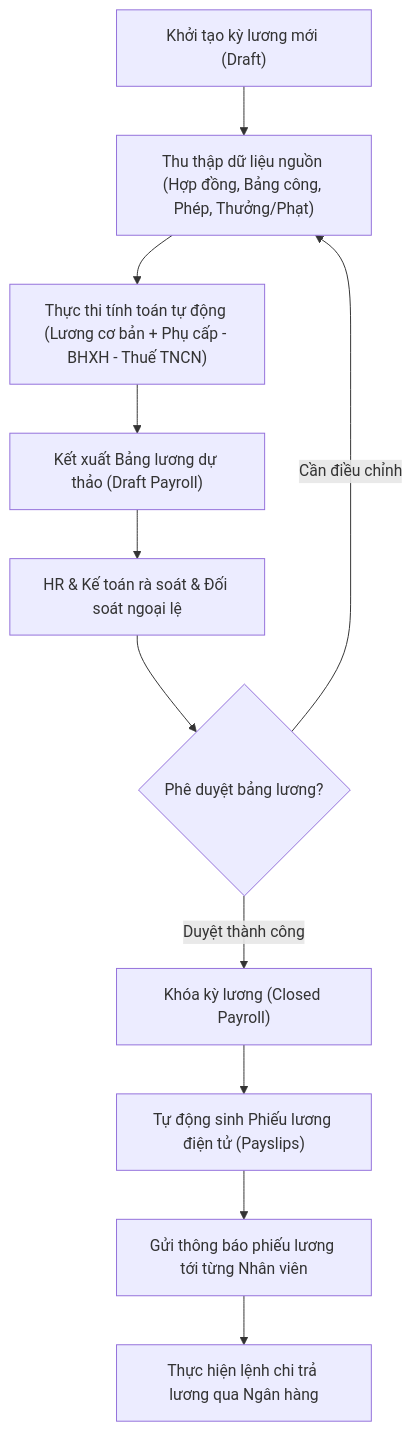
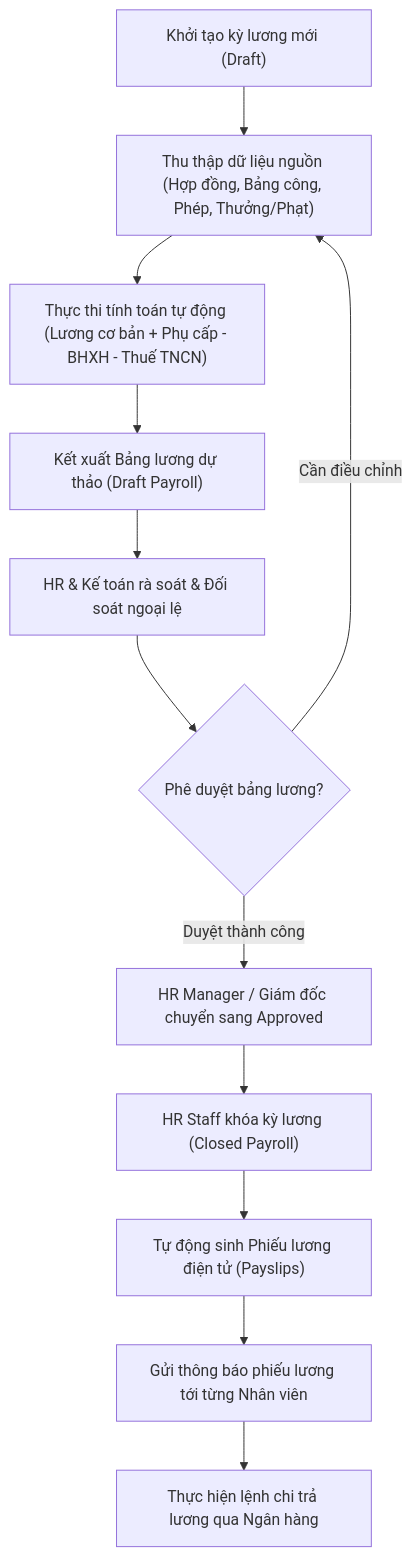
The diagram in docs/prd/workflow/payroll-processing-workflow.md (LongIch2810/hrm), drawn with Mermaid before and after one commit. The commit also changed other lines of this file and 64 other files, not shown here.

````diff
--- a/docs/prd/workflow/payroll-processing-workflow.md
+++ b/docs/prd/workflow/payroll-processing-workflow.md
@@ -13,13 +13,14 @@
 ```mermaid
 flowchart TD
     A["Khởi tạo kỳ lương mới (Draft)"] --> B["Thu thập dữ liệu nguồn (Hợp đồng, Bảng công, Phép, Thưởng/Phạt)"]
     B --> C["Thực thi tính toán tự động (Lương cơ bản + Phụ cấp - BHXH - Thuế TNCN)"]
     C --> D["Kết xuất Bảng lương dự thảo (Draft Payroll)"]
     D --> E["HR & Kế toán rà soát & Đối soát ngoại lệ"]
     E --> F{"Phê duyệt bảng lương?"}
     F -- "Cần điều chỉnh" --> B
-    F -- "Duyệt thành công" --> G["Khóa kỳ lương (Closed Payroll)"]
-    G --> H["Tự động sinh Phiếu lương điện tử (Payslips)"]
+    F -- "Duyệt thành công" --> G["HR Manager / Giám đốc chuyển sang Approved"]
+    G --> L["HR Staff khóa kỳ lương (Closed Payroll)"]
+    L --> H["Tự động sinh Phiếu lương điện tử (Payslips)"]
     H --> I["Gửi thông báo phiếu lương tới từng Nhân viên"]
     I --> K["Thực hiện lệnh chi trả lương qua Ngân hàng"]
 ```
````
